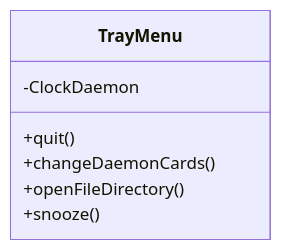
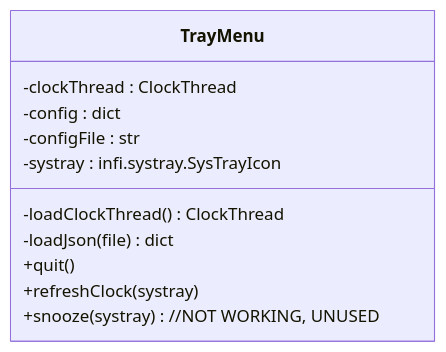
Before and after one commit to 24adamcho/sudden-flash-card-event: the third of 4 diagrams in docs/classdiagram.md, drawn with Mermaid. The commit also changed other lines of this file, not shown here.

Commit message:
class diagram updated

````diff
--- a/docs/classdiagram.md
+++ b/docs/classdiagram.md
@@ -48,11 +83,16 @@
 ```mermaid
 classDiagram
 direction LR
     class TrayMenu{
-        -ClockDaemon
+        -clockThread : ClockThread
+        -config : dict
+        -configFile : str
+        -systray : infi.systray.SysTrayIcon
+
+        -loadClockThread() ClockThread
+        -loadJson(file) dict
         +quit()
-        +changeDaemonCards()
-        +openFileDirectory()
-        +snooze()
+        +refreshClock(systray)
+        +snooze(systray) //NOT WORKING, UNUSED
     }
 ```
````
